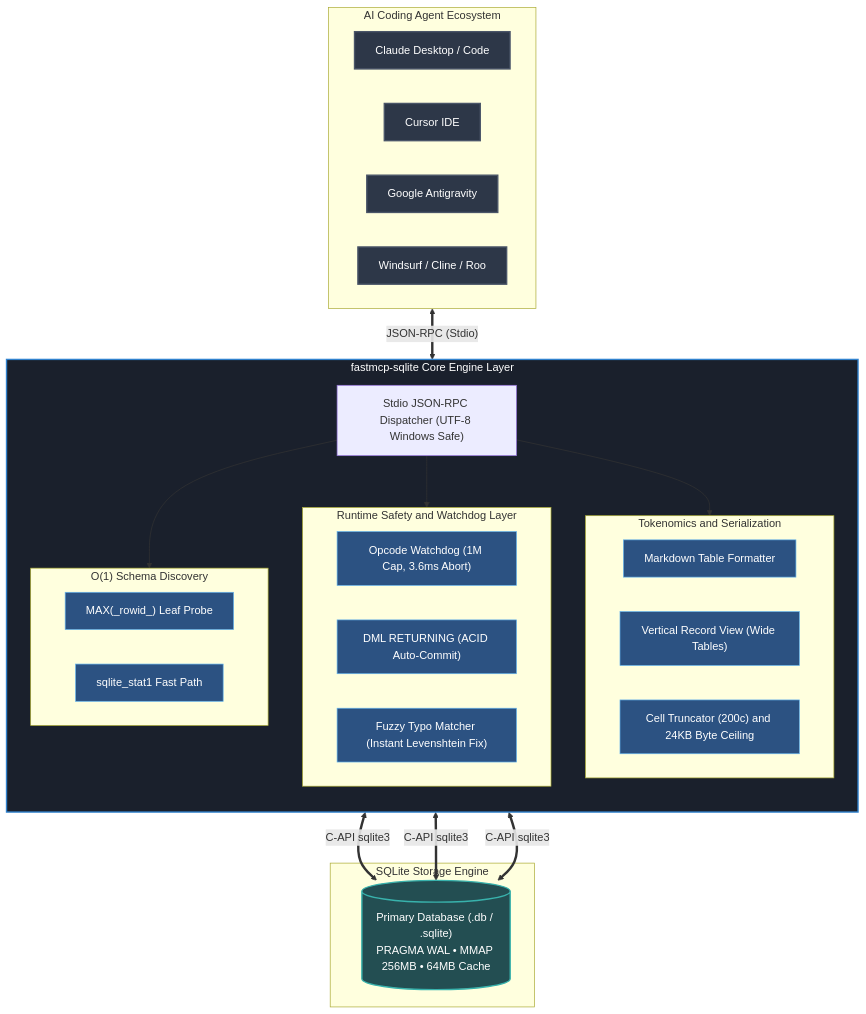
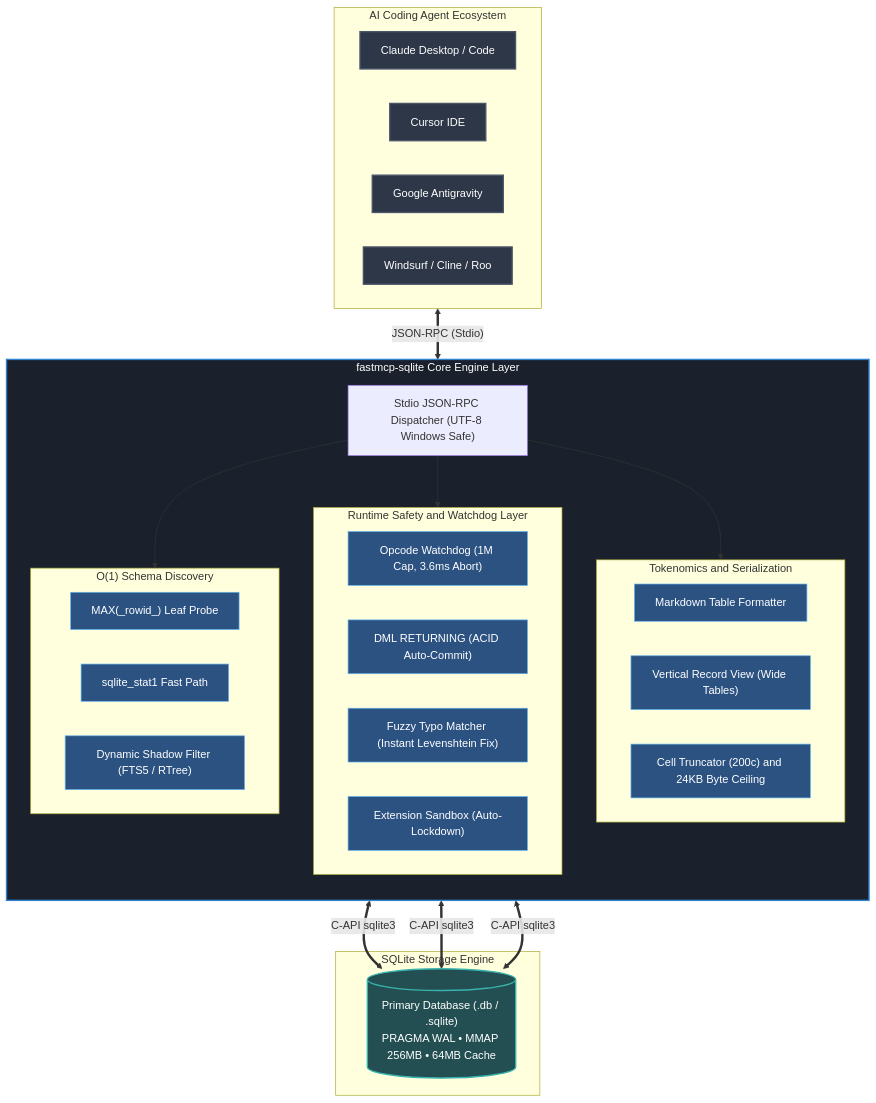
One commit to kenb38291-tech/fastmcp-sqlite changed the diagram in README.md. Above: the diagram before and after it, drawn with Mermaid. The commit also changed other lines of this file and 12 other files, not shown here.

````diff
--- a/README.md
+++ b/README.md
@@ -270,52 +290,54 @@
 ```mermaid
 flowchart TD
     subgraph Clients["AI Coding Agent Ecosystem"]
         direction LR
         C1["Claude Desktop / Code"]
         C2["Cursor IDE"]
         C3["Google Antigravity"]
         C4["Windsurf / Cline / Roo"]
     end
 
     subgraph FastMCPServer["fastmcp-sqlite Core Engine Layer"]
         direction TB
         JSONRPC["Stdio JSON-RPC Dispatcher (UTF-8 Windows Safe)"]
         
         subgraph SafetyGuards["Runtime Safety and Watchdog Layer"]
             WD["Opcode Watchdog (1M Cap, 3.6ms Abort)"]
             TX["DML RETURNING (ACID Auto-Commit)"]
             DZ["Fuzzy Typo Matcher (Instant Levenshtein Fix)"]
+            EX["Extension Sandbox (Auto-Lockdown)"]
         end
         
         subgraph TokenEngine["Tokenomics and Serialization"]
             F1["Markdown Table Formatter"]
             F2["Vertical Record View (Wide Tables)"]
             F3["Cell Truncator (200c) and 24KB Byte Ceiling"]
         end
         
         subgraph Discovery["O(1) Schema Discovery"]
             P1["MAX(_rowid_) Leaf Probe"]
             P2["sqlite_stat1 Fast Path"]
+            P3["Dynamic Shadow Filter (FTS5 / RTree)"]
         end
     end
 
     subgraph SQLiteStorage["SQLite Storage Engine"]
         DB[("Primary Database (.db / .sqlite)<br/>PRAGMA WAL • MMAP 256MB • 64MB Cache")]
     end
 
     Clients <==>|"JSON-RPC (Stdio)"| JSONRPC
     JSONRPC --> SafetyGuards
     JSONRPC --> TokenEngine
     JSONRPC --> Discovery
     SafetyGuards & TokenEngine & Discovery <==>|"C-API sqlite3"| DB
 
     classDef clientStyle fill:#2d3748,stroke:#4a5568,stroke-width:2px,color:#fff;
     classDef engineStyle fill:#1a202c,stroke:#3182ce,stroke-width:2px,color:#fff;
     classDef guardStyle fill:#2c5282,stroke:#63b3ed,stroke-width:1px,color:#fff;
     classDef storeStyle fill:#234e52,stroke:#38b2ac,stroke-width:2px,color:#fff;
 
     class C1,C2,C3,C4 clientStyle;
     class FastMCPServer engineStyle;
-    class WD,TX,DZ,F1,F2,F3,P1,P2 guardStyle;
+    class WD,TX,DZ,EX,F1,F2,F3,P1,P2,P3 guardStyle;
     class DB storeStyle;
 ```
````
